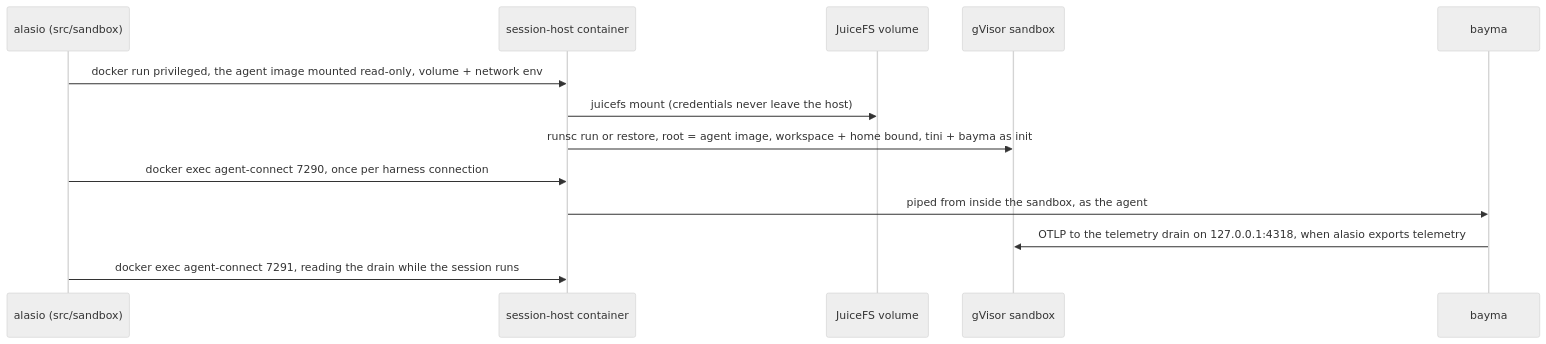
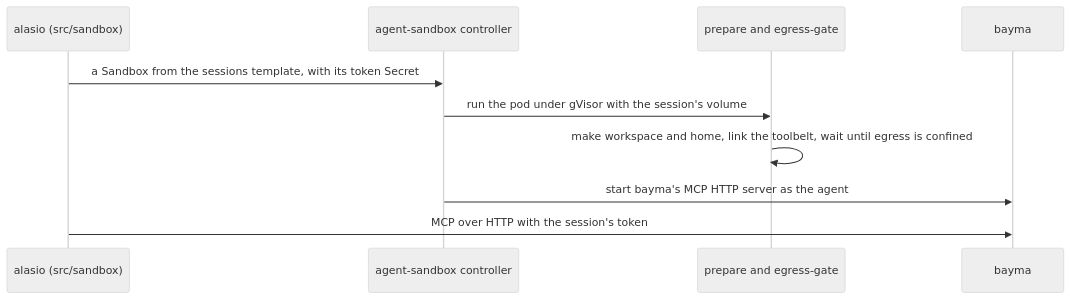
The second of 3 diagrams in sandbox/README.md (eaucoin/alasio), drawn with Mermaid (neutral theme) before and after one commit. The commit also changed other lines of this file and 37 other files, not shown here.

First line of the commit message:
Document alasio on Kubernetes, and fit its end-to-end run on CI's runners

````diff
--- a/sandbox/README.md
+++ b/sandbox/README.md
@@ -32,15 +24,12 @@
 ```mermaid
 sequenceDiagram
   participant Alasio as alasio (src/sandbox)
-  participant Host as session-host container
-  participant JFS as JuiceFS volume
-  participant Sbx as gVisor sandbox
+  participant Ctl as agent-sandbox controller
+  participant Init as prepare and egress-gate
   participant Bayma as bayma
-  Alasio->>Host: docker run privileged, the agent image mounted read-only, volume + network env
-  Host->>JFS: juicefs mount (credentials never leave the host)
-  Host->>Sbx: runsc run or restore, root = agent image, workspace + home bound, tini + bayma as init
-  Alasio->>Host: docker exec agent-connect 7290, once per harness connection
-  Host->>Bayma: piped from inside the sandbox, as the agent
-  Bayma->>Sbx: OTLP to the telemetry drain on 127.0.0.1:4318, when alasio exports telemetry
-  Alasio->>Host: docker exec agent-connect 7291, reading the drain while the session runs
+  Alasio->>Ctl: a Sandbox from the sessions template, with its token Secret
+  Ctl->>Init: run the pod under gVisor with the session's volume
+  Init->>Init: make workspace and home, link the toolbelt, wait until egress is confined
+  Ctl->>Bayma: start bayma's MCP HTTP server as the agent
+  Alasio->>Bayma: MCP over HTTP with the session's token
 ```
````
